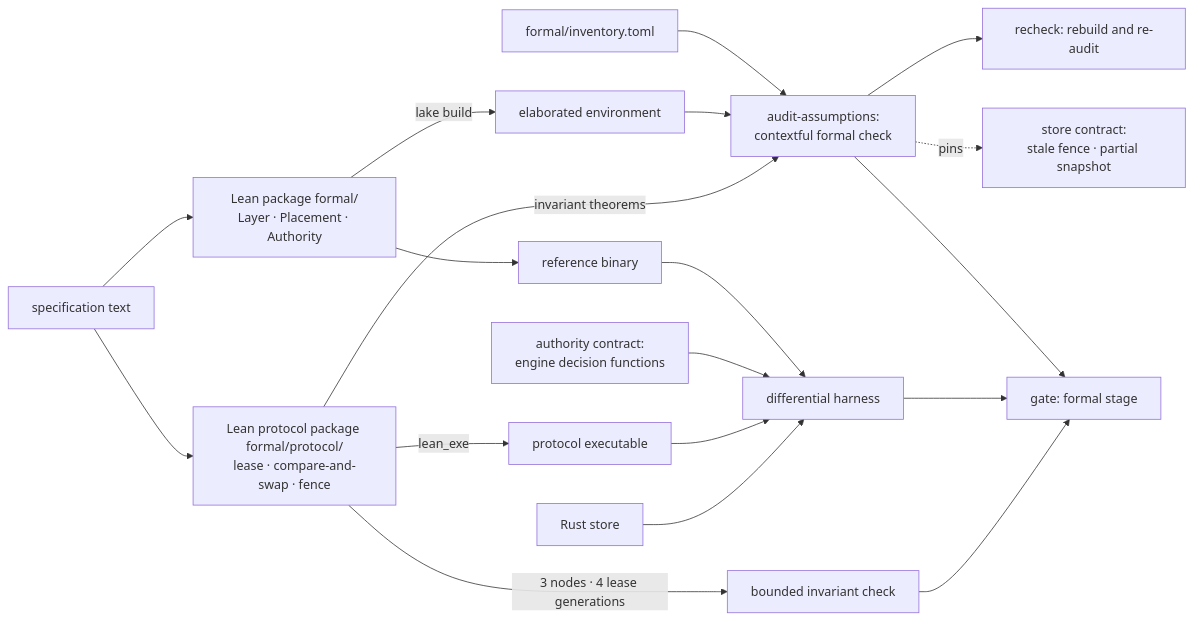
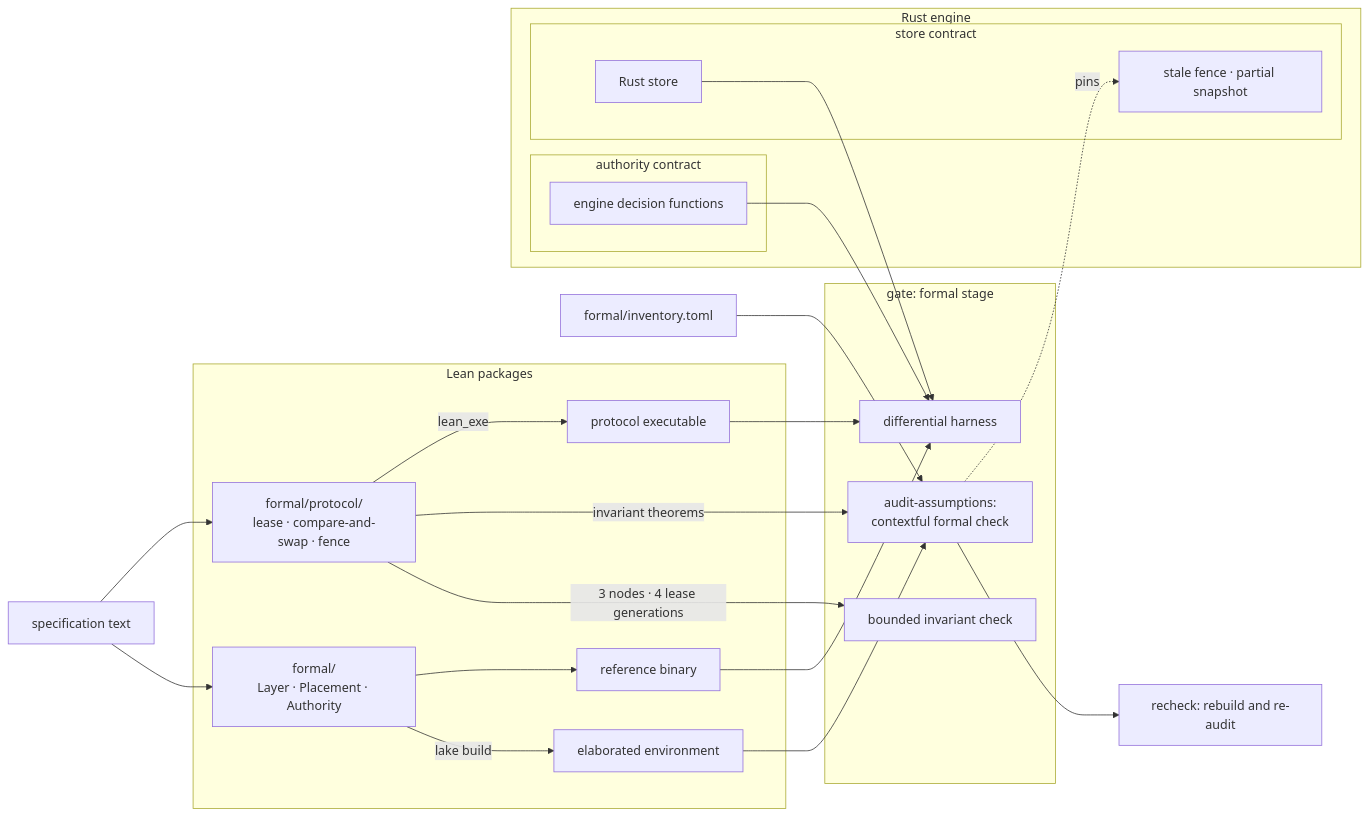
Before and after one commit to fractalboxdev/contextful: the first of 3 diagrams in spec/80-formal.md, drawn with Mermaid. The commit also changed other lines of this file and 33 other files, not shown here.

Commit message:
spec: diagrams draw contracts, parties and trust zones as containers; a node standing for one is refused

````diff
--- a/spec/80-formal.md
+++ b/spec/80-formal.md
@@ -22,21 +22,41 @@
 ```mermaid
 flowchart LR
-  SPEC["specification text"] --> LEAN["Lean package formal/<br/>Layer · Placement · Authority"]
-  SPEC --> PROT["Lean protocol package formal/protocol/<br/>lease · compare-and-swap · fence"]
-  LEAN -- "lake build" --> ENV["elaborated environment"]
-  INV["formal/inventory.toml"] --> AUD["audit-assumptions:<br/>contextful formal check"]
+  SPEC["specification text"]
+  INV["formal/inventory.toml"]
+  subgraph lean["Lean packages"]
+    LEAN["formal/<br/>Layer · Placement · Authority"]
+    PROT["formal/protocol/<br/>lease · compare-and-swap · fence"]
+    ENV["elaborated environment"]
+    REF["reference binary"]
+    PEXE["protocol executable"]
+  end
+  subgraph engine["Rust engine"]
+    subgraph authority["authority contract"]
+      ENG["engine decision functions"]
+    end
+    subgraph store["store contract"]
+      RUST["Rust store"]
+      PIN["stale fence · partial snapshot"]
+    end
+  end
+  subgraph gate["gate: formal stage"]
+    AUD["audit-assumptions:<br/>contextful formal check"]
+    DIFF["differential harness"]
+    MC["bounded invariant check"]
+  end
+  SPEC --> LEAN
+  SPEC --> PROT
+  LEAN -- "lake build" --> ENV
+  INV --> AUD
   ENV --> AUD
   AUD --> REC["recheck: rebuild and re-audit"]
-  LEAN --> REF["reference binary"]
-  REF --> DIFF["differential harness"]
-  ENG["authority contract:<br/>engine decision functions"] --> DIFF
-  PROT -- "3 nodes · 4 lease generations" --> MC["bounded invariant check"]
+  LEAN --> REF
+  REF --> DIFF
+  ENG --> DIFF
+  PROT -- "3 nodes · 4 lease generations" --> MC
   PROT -- "invariant theorems" --> AUD
-  PROT -- "lean_exe" --> PEXE["protocol executable"]
+  PROT -- "lean_exe" --> PEXE
   PEXE --> DIFF
-  RUST["Rust store"] --> DIFF
-  AUD -. "pins" .-> STORE["store contract:<br/>stale fence · partial snapshot"]
-  AUD --> GATE["gate: formal stage"]
-  DIFF --> GATE
-  MC --> GATE
+  RUST --> DIFF
+  AUD -. "pins" .-> PIN
 ```
````
